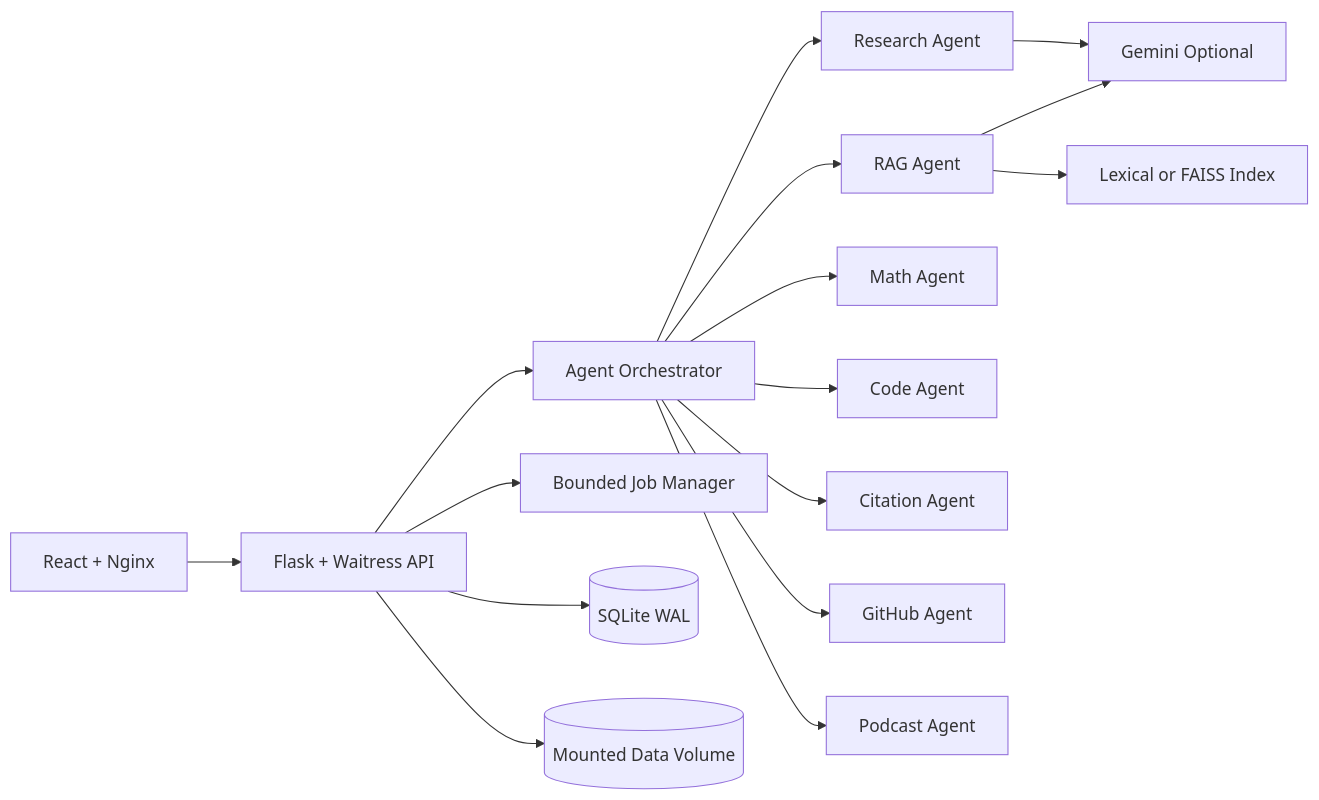
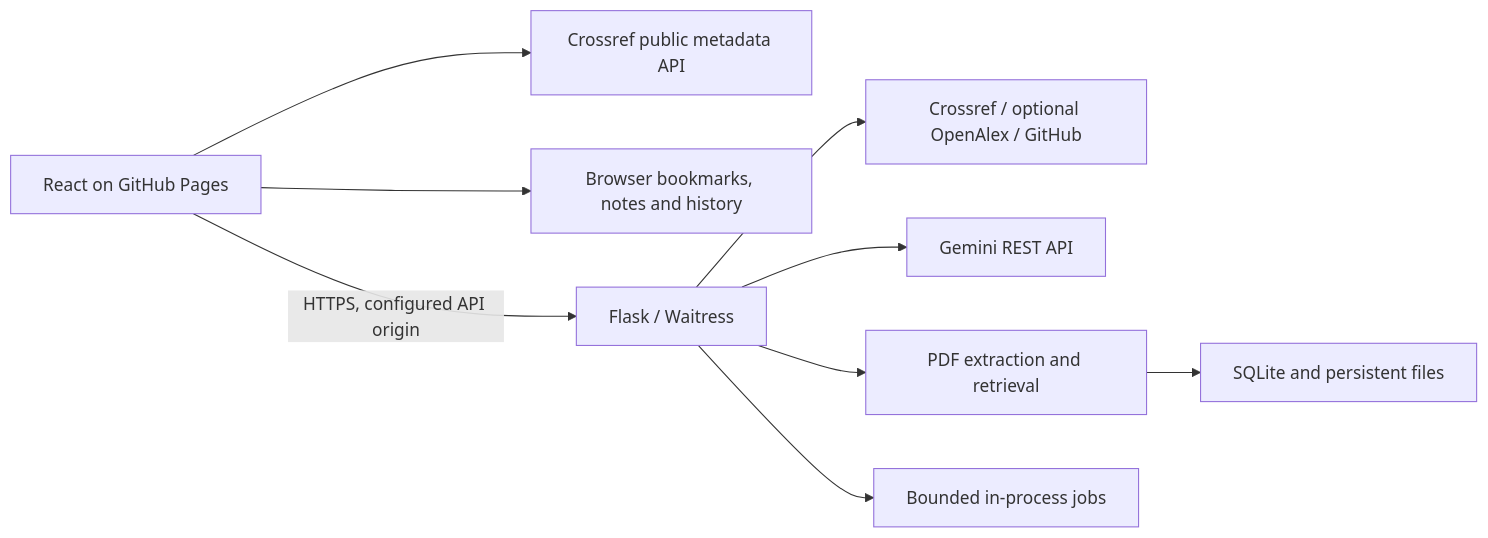
One commit to Pruthvi226/AI_Research_Assistant changed the diagram in README.md. Above: the diagram before and after it, drawn with Mermaid. The commit also changed other lines of this file and 80 other files, not shown here.

Commit message:
Build and verify Scientia research workspace with Pages deployment

````diff
--- a/README.md
+++ b/README.md
@@ -29,18 +40,11 @@
 ```mermaid
 flowchart LR
-    Browser[React + Nginx] --> API[Flask + Waitress API]
-    API --> Orchestrator[Agent Orchestrator]
-    Orchestrator --> Research[Research Agent]
-    Orchestrator --> RAG[RAG Agent]
-    Orchestrator --> Math[Math Agent]
-    Orchestrator --> Code[Code Agent]
-    Orchestrator --> Citations[Citation Agent]
-    Orchestrator --> GitHub[GitHub Agent]
-    Orchestrator --> Podcast[Podcast Agent]
-    API --> Jobs[Bounded Job Manager]
-    API --> SQLite[(SQLite WAL)]
-    API --> Files[(Mounted Data Volume)]
-    RAG --> Index[Lexical or FAISS Index]
-    Research --> Gemini[Gemini Optional]
-    RAG --> Gemini
+    Browser[React on GitHub Pages] --> Crossref[Crossref public metadata API]
+    Browser --> Local[Browser bookmarks, notes and history]
+    Browser -->|HTTPS, configured API origin| API[Flask / Waitress]
+    API --> Metadata[Crossref / optional OpenAlex / GitHub]
+    API --> Gemini[Gemini REST API]
+    API --> PDF[PDF extraction and retrieval]
+    API --> Jobs[Bounded in-process jobs]
+    PDF --> Storage[SQLite and persistent files]
 ```
````
